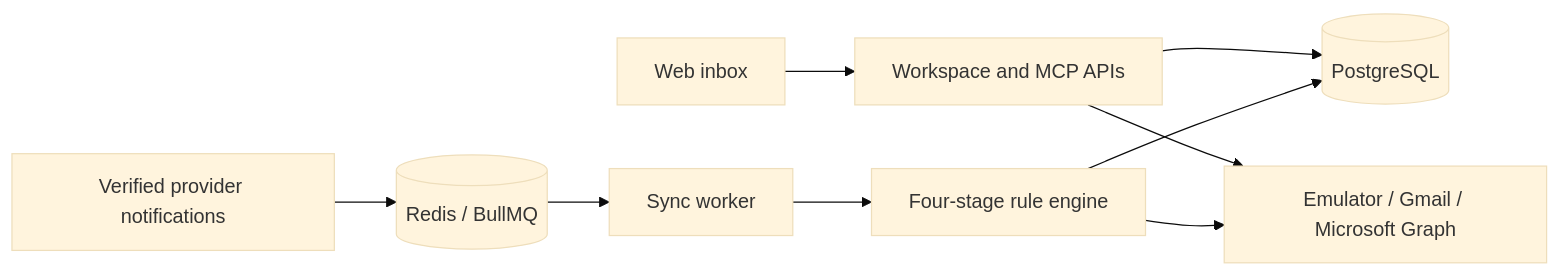
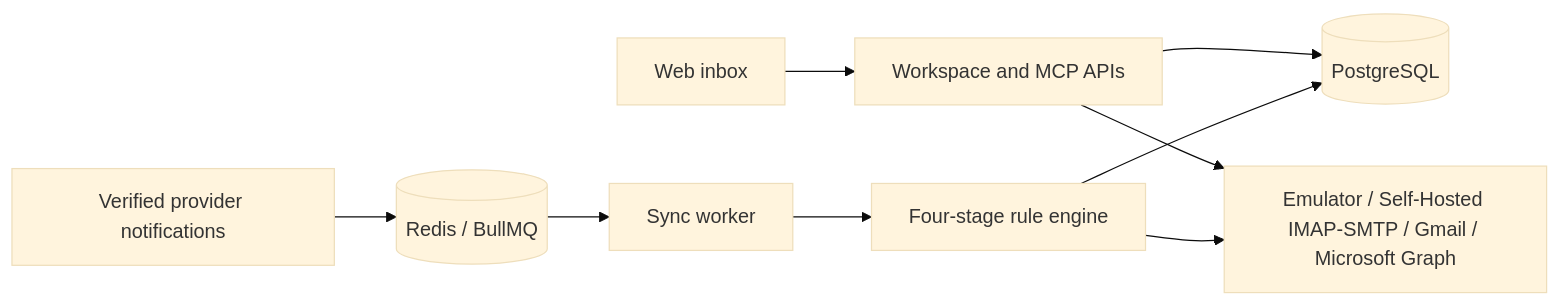
One commit to anilpervaiz/open-inbox-zero changed the diagram in README.md. Above: the diagram before and after it, drawn with Mermaid (base theme). The commit also changed other lines of this file, not shown here.

````diff
--- a/README.md
+++ b/README.md
@@ -22,11 +22,11 @@
 ```mermaid
 flowchart LR
   UI[Web inbox] --> API[Workspace and MCP APIs]
   API --> DB[(PostgreSQL)]
-  API --> Providers[Emulator / Gmail / Microsoft Graph]
+  API --> Providers[Emulator / Self-Hosted IMAP-SMTP / Gmail / Microsoft Graph]
   Hooks[Verified provider notifications] --> Queue[(Redis / BullMQ)]
   Queue --> Worker[Sync worker]
   Worker --> Rules[Four-stage rule engine]
   Rules --> DB
   Rules --> Providers
 ```
````
